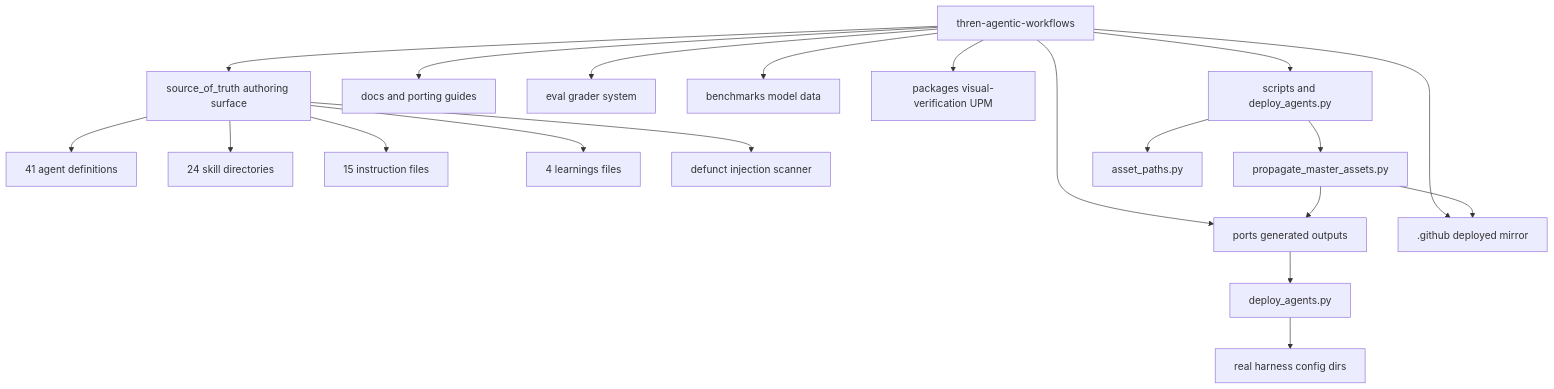
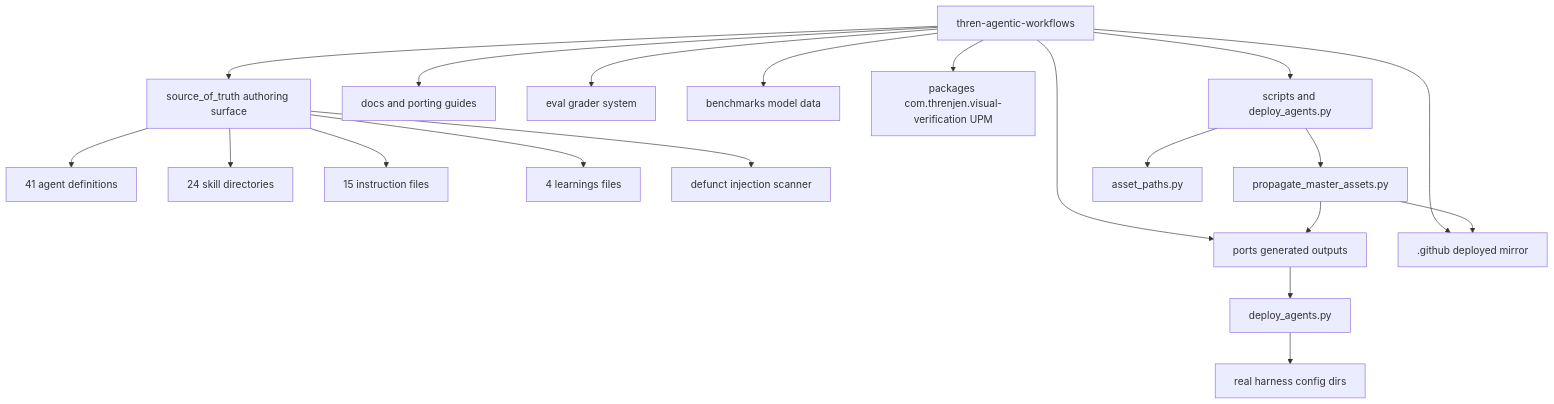
Before and after one commit to threnjen/thren-agentic-workflows: the first of 4 diagrams in docs/ARCHITECTURE.md, drawn with Mermaid. The commit also changed other lines of this file and 47 other files, not shown here.

````diff
--- a/docs/ARCHITECTURE.md
+++ b/docs/ARCHITECTURE.md
@@ -23,26 +23,26 @@
 ```mermaid
 flowchart TD
     Root[thren-agentic-workflows]
 
     Root --> SOT[source_of_truth authoring surface]
     Root --> Ports[ports generated outputs]
     Root --> DotGithub[.github deployed mirror]
     Root --> Docs[docs and porting guides]
     Root --> Eval[eval grader system]
     Root --> Bench[benchmarks model data]
-    Root --> Pkg[packages visual-verification UPM]
+    Root --> Pkg[packages com.threnjen.visual-verification UPM]
     Root --> Scripts[scripts and deploy_agents.py]
 
     SOT --> Agents[41 agent definitions]
     SOT --> Skills[24 skill directories]
     SOT --> Instructions[15 instruction files]
     SOT --> Learnings[4 learnings files]
     SOT --> Hooks[defunct injection scanner]
 
     Scripts --> Propagate[propagate_master_assets.py]
     Scripts --> Shared[asset_paths.py]
     Propagate --> Ports
     Propagate --> DotGithub
     Deploy[deploy_agents.py] --> RealDirs[real harness config dirs]
     Ports --> Deploy
 ```
````
